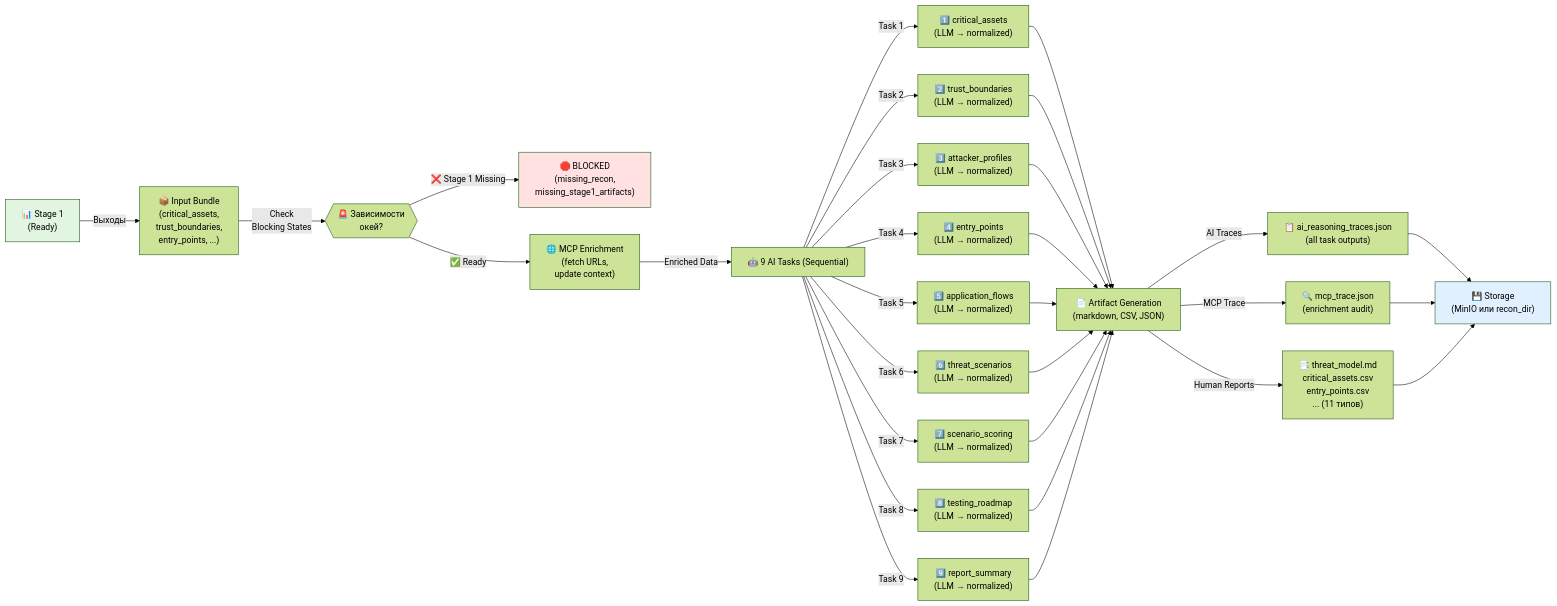
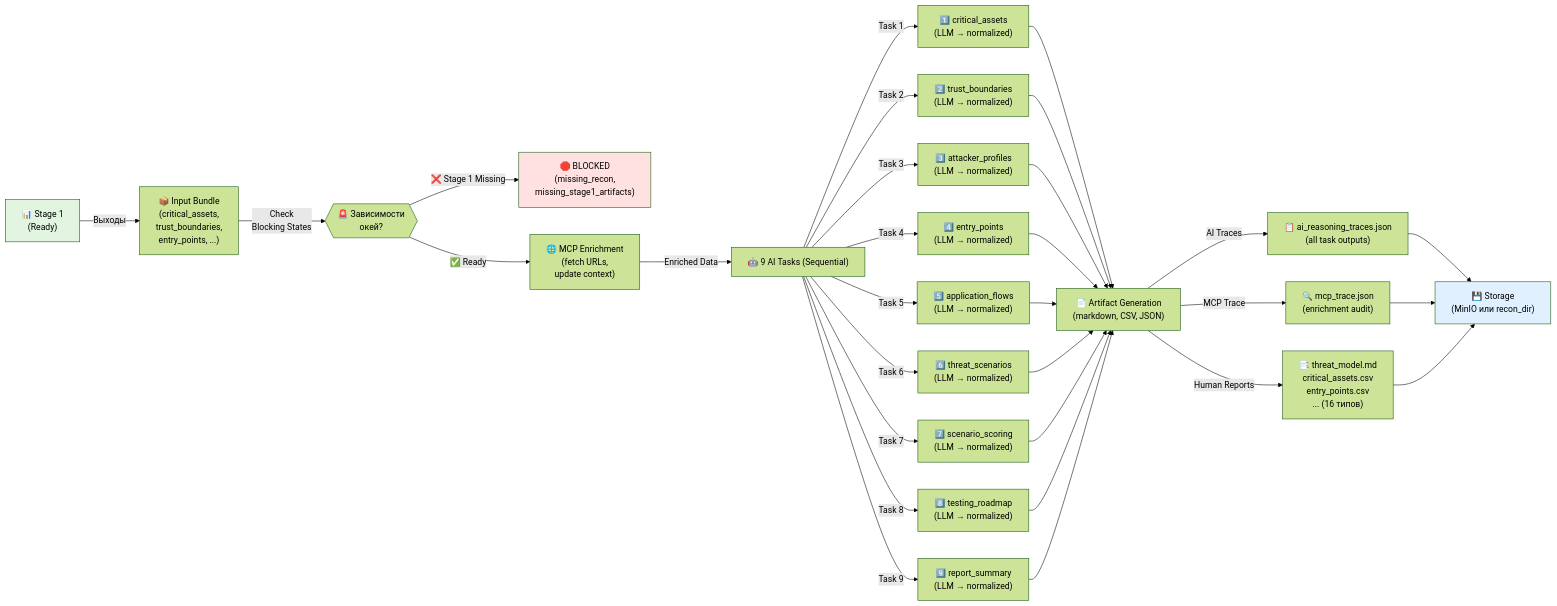
Before and after one commit to Alexd-y/argus: the diagram in docs/recon-stage2-flow.md, drawn with Mermaid (forest theme). The commit also changed other lines of this file and 70 other files, not shown here.

````diff
--- a/docs/recon-stage2-flow.md
+++ b/docs/recon-stage2-flow.md
@@ -26,43 +26,43 @@
 ```mermaid
 graph LR
     Stage1["📊 Stage 1<br/>(Ready)"] -->|Выходы| InputBundle["📦 Input Bundle<br/>(critical_assets,<br/>trust_boundaries,<br/>entry_points, ...)"]
     
     InputBundle -->|Check<br/>Blocking States| DepCheck{{"🚨 Зависимости<br/>окей?"}}
     
     DepCheck -->|❌ Stage 1 Missing| Blocked["🛑 BLOCKED<br/>(missing_recon,<br/>missing_stage1_artifacts)"]
     DepCheck -->|✅ Ready| MCPEnrich["🌐 MCP Enrichment<br/>(fetch URLs,<br/>update context)"]
     
     MCPEnrich -->|Enriched Data| AITasks["🤖 9 AI Tasks (Sequential)"]
     
     AITasks -->|Task 1| CritAssets["1️⃣ critical_assets<br/>(LLM → normalized)"]
     AITasks -->|Task 2| TrustBound["2️⃣ trust_boundaries<br/>(LLM → normalized)"]
     AITasks -->|Task 3| AttackProf["3️⃣ attacker_profiles<br/>(LLM → normalized)"]
     AITasks -->|Task 4| EntryPts["4️⃣ entry_points<br/>(LLM → normalized)"]
     AITasks -->|Task 5| AppFlows["5️⃣ application_flows<br/>(LLM → normalized)"]
     AITasks -->|Task 6| ThreatSce["6️⃣ threat_scenarios<br/>(LLM → normalized)"]
     AITasks -->|Task 7| SceScore["7️⃣ scenario_scoring<br/>(LLM → normalized)"]
     AITasks -->|Task 8| TestRoad["8️⃣ testing_roadmap<br/>(LLM → normalized)"]
     AITasks -->|Task 9| RepSumm["9️⃣ report_summary<br/>(LLM → normalized)"]
     
     CritAssets --> ArtifactGen["📄 Artifact Generation<br/>(markdown, CSV, JSON)"]
     TrustBound --> ArtifactGen
     AttackProf --> ArtifactGen
     EntryPts --> ArtifactGen
     AppFlows --> ArtifactGen
     ThreatSce --> ArtifactGen
     SceScore --> ArtifactGen
     TestRoad --> ArtifactGen
     RepSumm --> ArtifactGen
     
     ArtifactGen -->|AI Traces| AIReasoningTraces["📋 ai_reasoning_traces.json<br/>(all task outputs)"]
     ArtifactGen -->|MCP Trace| MCPTrace["🔍 mcp_trace.json<br/>(enrichment audit)"]
-    ArtifactGen -->|Human Reports| HumanReports["📑 threat_model.md<br/>critical_assets.csv<br/>entry_points.csv<br/>... (11 типов)"]
+    ArtifactGen -->|Human Reports| HumanReports["📑 threat_model.md<br/>critical_assets.csv<br/>entry_points.csv<br/>... (16 типов)"]
     
     AIReasoningTraces --> Storage["💾 Storage<br/>(MinIO или recon_dir)"]
     MCPTrace --> Storage
     HumanReports --> Storage
     
     style Stage1 fill:#e1f5e1
     style Blocked fill:#ffe1e1
     style Storage fill:#e1f0ff
 ```
````
